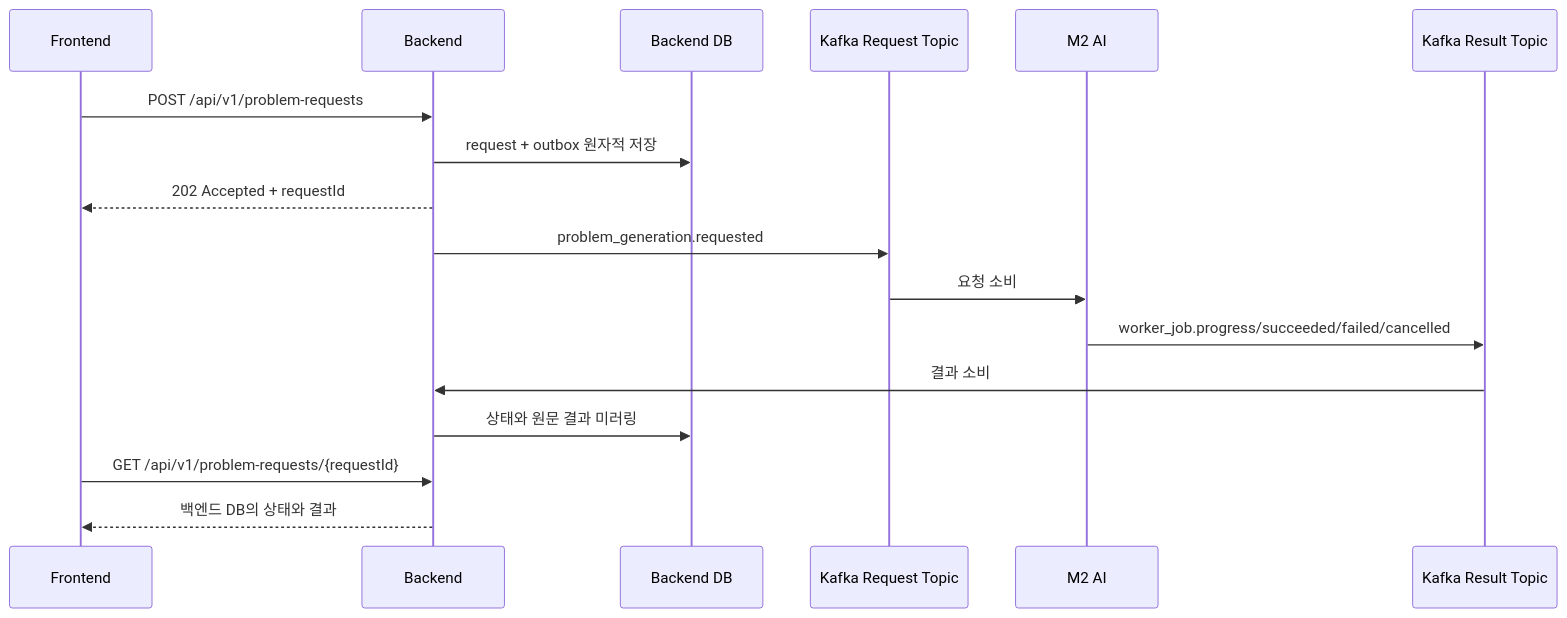
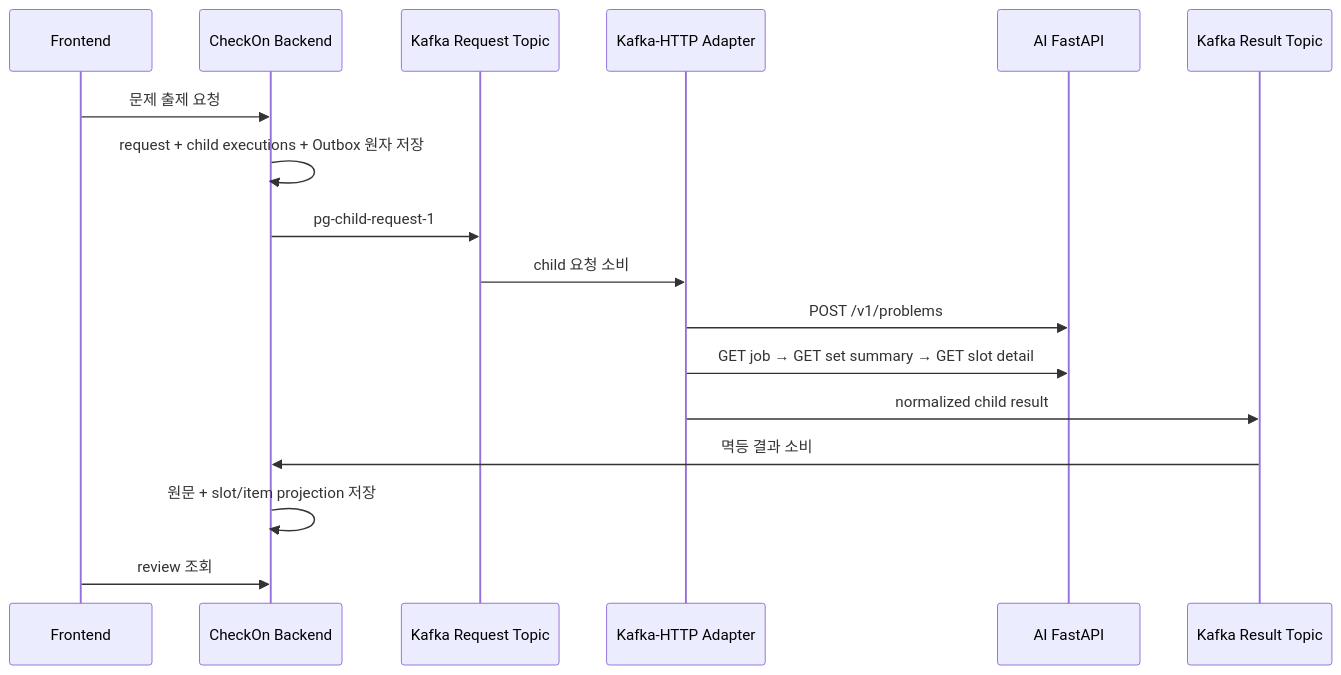
The diagram in docs/PROBLEM_GENERATION_AI_TEAM_HANDOFF.md (MTVS5-CheckOn/CheckOn-backend), drawn with Mermaid before and after one commit. The commit also changed other lines of this file and 2 other files, not shown here.

````diff
--- a/docs/PROBLEM_GENERATION_AI_TEAM_HANDOFF.md
+++ b/docs/PROBLEM_GENERATION_AI_TEAM_HANDOFF.md
@@ -27,20 +13,20 @@
 ```mermaid
 sequenceDiagram
     participant FE as Frontend
-    participant BE as Backend
-    participant DB as Backend DB
-    participant RQ as Kafka Request Topic
-    participant AI as M2 AI
-    participant RS as Kafka Result Topic
+    participant BE as CheckOn Backend
+    participant KQ as Kafka Request Topic
+    participant AD as Kafka-HTTP Adapter
+    participant AI as AI FastAPI
+    participant KR as Kafka Result Topic
 
-    FE->>BE: POST /api/v1/problem-requests
-    BE->>DB: request + outbox 원자적 저장
-    BE-->>FE: 202 Accepted + requestId
-    BE->>RQ: problem_generation.requested
-    RQ->>AI: 요청 소비
-    AI->>RS: worker_job.progress/succeeded/failed/cancelled
-    RS->>BE: 결과 소비
-    BE->>DB: 상태와 원문 결과 미러링
-    FE->>BE: GET /api/v1/problem-requests/{requestId}
-    BE-->>FE: 백엔드 DB의 상태와 결과
+    FE->>BE: 문제 출제 요청
+    BE->>BE: request + child executions + Outbox 원자 저장
+    BE->>KQ: pg-child-request-1
+    KQ->>AD: child 요청 소비
+    AD->>AI: POST /v1/problems
+    AD->>AI: GET job → GET set summary → GET slot detail
+    AD->>KR: normalized child result
+    KR->>BE: 멱등 결과 소비
+    BE->>BE: 원문 + slot/item projection 저장
+    FE->>BE: review 조회
 ```
````
